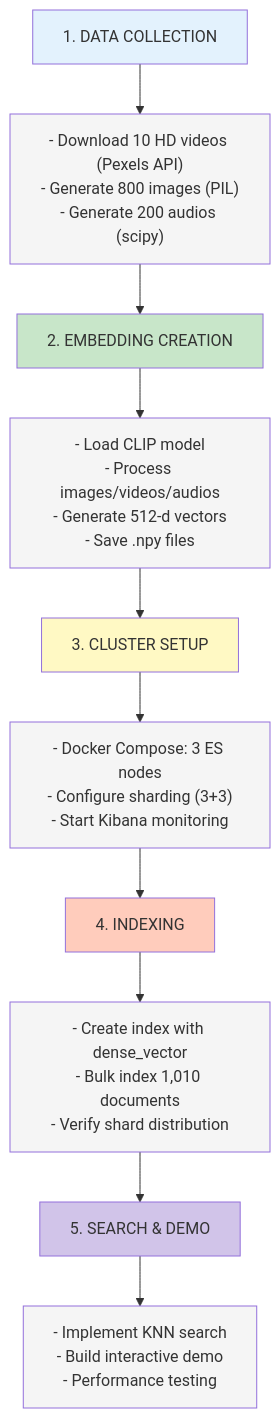
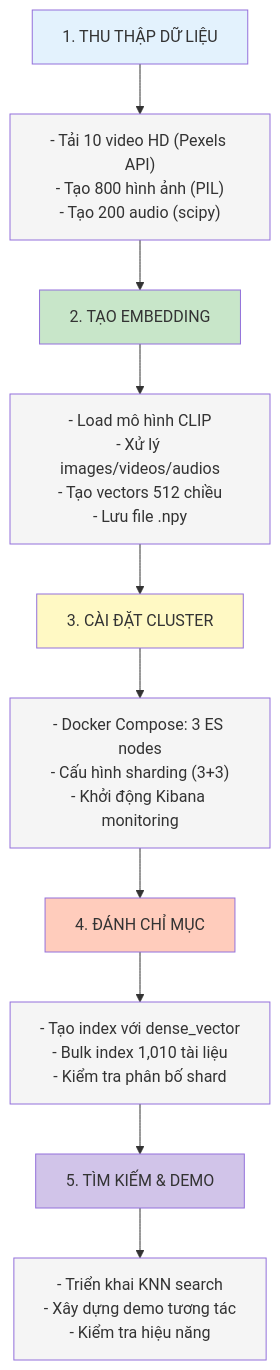
Before and after one commit to jian131/bigdata: the fourth of 4 diagrams in README.md, drawn with Mermaid. The commit also changed other lines of this file, not shown here.

````diff
--- a/README.md
+++ b/README.md
@@ -519,23 +519,23 @@
 ```mermaid
 graph TD
-    A["1. DATA COLLECTION"] --> A1["- Download 10 HD videos (Pexels API)<br/>- Generate 800 images (PIL)<br/>- Generate 200 audios (scipy)"]
-    A1 --> B["2. EMBEDDING CREATION"]
-    B --> B1["- Load CLIP model<br/>- Process images/videos/audios<br/>- Generate 512-d vectors<br/>- Save .npy files"]
-    B1 --> C["3. CLUSTER SETUP"]
-    C --> C1["- Docker Compose: 3 ES nodes<br/>- Configure sharding (3+3)<br/>- Start Kibana monitoring"]
-    C1 --> D["4. INDEXING"]
-    D --> D1["- Create index with dense_vector<br/>- Bulk index 1,010 documents<br/>- Verify shard distribution"]
-    D1 --> E["5. SEARCH & DEMO"]
-    E --> E1["- Implement KNN search<br/>- Build interactive demo<br/>- Performance testing"]
+    A["1. THU THẬP DỮ LIỆU"] --> A1["- Tải 10 video HD (Pexels API)<br/>- Tạo 800 hình ảnh (PIL)<br/>- Tạo 200 audio (scipy)"]
+    A1 --> B["2. TẠO EMBEDDING"]
+    B --> B1["- Load mô hình CLIP<br/>- Xử lý images/videos/audios<br/>- Tạo vectors 512 chiều<br/>- Lưu file .npy"]
+    B1 --> C["3. CÀI ĐẶT CLUSTER"]
+    C --> C1["- Docker Compose: 3 ES nodes<br/>- Cấu hình sharding (3+3)<br/>- Khởi động Kibana monitoring"]
+    C1 --> D["4. ĐÁNH CHỈ MỤC"]
+    D --> D1["- Tạo index với dense_vector<br/>- Bulk index 1,010 tài liệu<br/>- Kiểm tra phân bố shard"]
+    D1 --> E["5. TÌM KIẾM & DEMO"]
+    E --> E1["- Triển khai KNN search<br/>- Xây dựng demo tương tác<br/>- Kiểm tra hiệu năng"]
 
     style A fill:#E3F2FD
     style B fill:#C8E6C9
     style C fill:#FFF9C4
     style D fill:#FFCCBC
     style E fill:#D1C4E9
     style A1 fill:#F5F5F5
     style B1 fill:#F5F5F5
     style C1 fill:#F5F5F5
     style D1 fill:#F5F5F5
     style E1 fill:#F5F5F5
 ```
````
